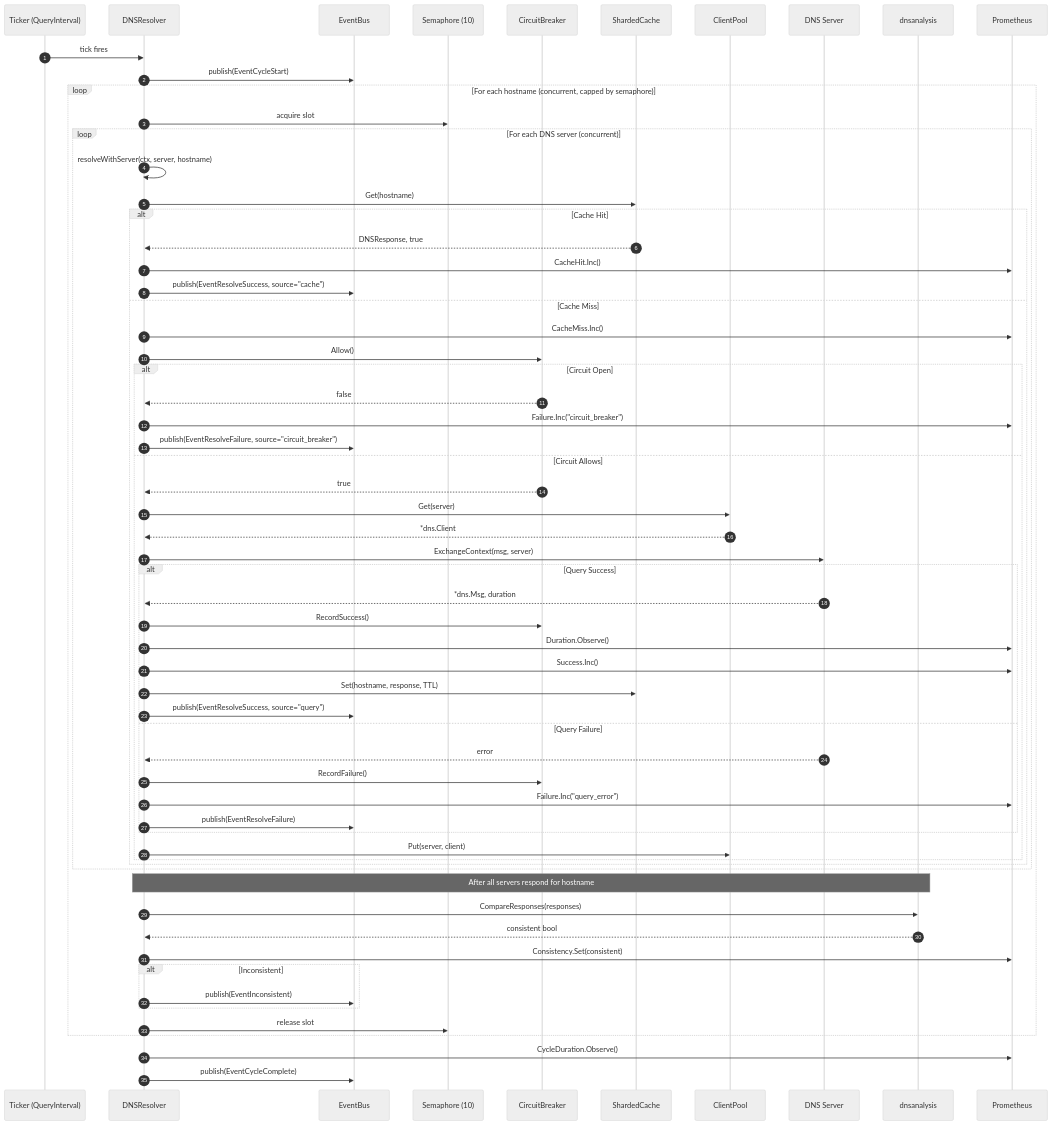
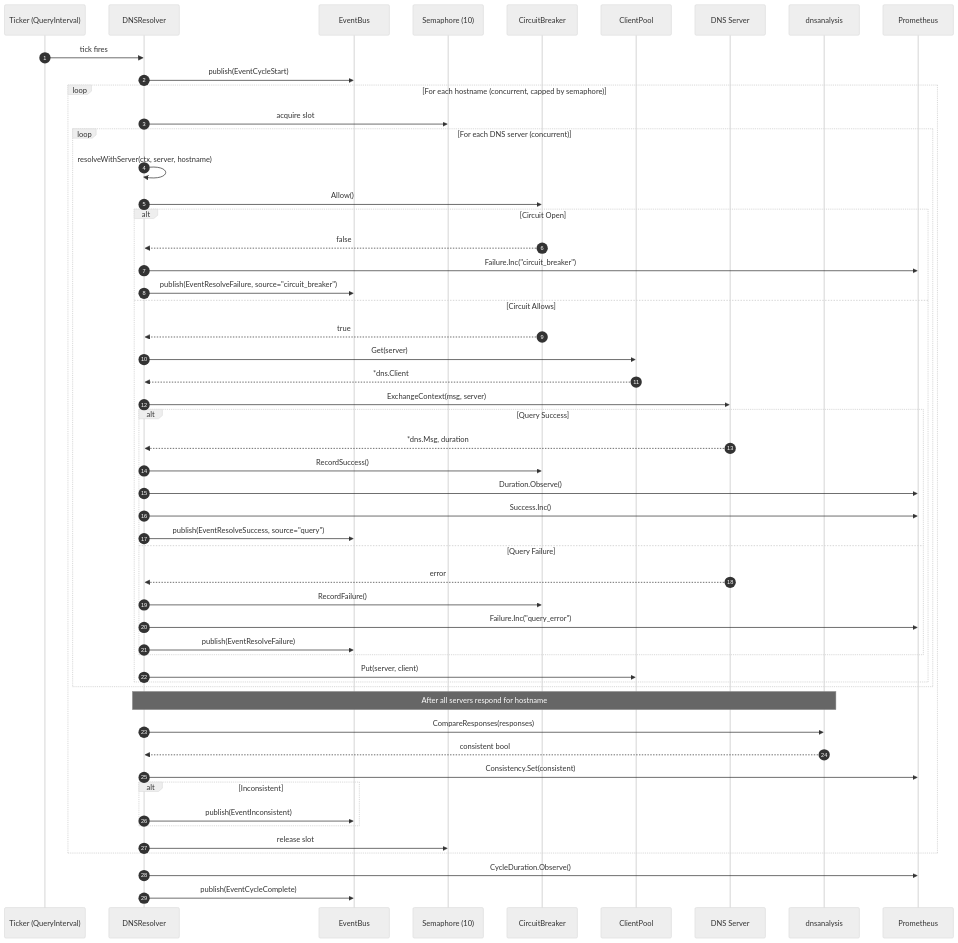
The third of 6 diagrams in PROJECT_MAP.md (mikesale/dnsres), drawn with Mermaid (neutral theme) before and after one commit. The commit also changed other lines of this file and 19 other files, not shown here.

````diff
--- a/PROJECT_MAP.md
+++ b/PROJECT_MAP.md
@@ -277,77 +251,67 @@
 ```mermaid
 sequenceDiagram
     autonumber
     participant Ticker as Ticker (QueryInterval)
     participant Resolver as DNSResolver
     participant Events as EventBus
     participant Sem as Semaphore (10)
     participant CB as CircuitBreaker
-    participant Cache as ShardedCache
     participant Pool as ClientPool
     participant DNS as DNS Server
     participant Analysis as dnsanalysis
     participant Metrics as Prometheus
 
     Ticker->>Resolver: tick fires
     Resolver->>Events: publish(EventCycleStart)
     
     loop For each hostname (concurrent, capped by semaphore)
         Resolver->>Sem: acquire slot
         
         loop For each DNS server (concurrent)
             Resolver->>Resolver: resolveWithServer(ctx, server, hostname)
             
-            Resolver->>Cache: Get(hostname)
-            alt Cache Hit
-                Cache-->>Resolver: DNSResponse, true
-                Resolver->>Metrics: CacheHit.Inc()
-                Resolver->>Events: publish(EventResolveSuccess, source="cache")
-            else Cache Miss
-                Resolver->>Metrics: CacheMiss.Inc()
-                Resolver->>CB: Allow()
+            Resolver->>CB: Allow()
+            
+            alt Circuit Open
+                CB-->>Resolver: false
+                Resolver->>Metrics: Failure.Inc("circuit_breaker")
+                Resolver->>Events: publish(EventResolveFailure, source="circuit_breaker")
+            else Circuit Allows
+                CB-->>Resolver: true
+                Resolver->>Pool: Get(server)
+                Pool-->>Resolver: *dns.Client
                 
-                alt Circuit Open
-                    CB-->>Resolver: false
-                    Resolver->>Metrics: Failure.Inc("circuit_breaker")
-                    Resolver->>Events: publish(EventResolveFailure, source="circuit_breaker")
-                else Circuit Allows
-                    CB-->>Resolver: true
-                    Resolver->>Pool: Get(server)
-                    Pool-->>Resolver: *dns.Client
-                    
-                    Resolver->>DNS: ExchangeContext(msg, server)
-                    
-                    alt Query Success
-                        DNS-->>Resolver: *dns.Msg, duration
-                        Resolver->>CB: RecordSuccess()
-                        Resolver->>Metrics: Duration.Observe()
-                        Resolver->>Metrics: Success.Inc()
-                        Resolver->>Cache: Set(hostname, response, TTL)
-                        Resolver->>Events: publish(EventResolveSuccess, source="query")
-                    else Query Failure
-                        DNS-->>Resolver: error
-                        Resolver->>CB: RecordFailure()
-                        Resolver->>Metrics: Failure.Inc("query_error")
-                        Resolver->>Events: publish(EventResolveFailure)
-                    end
-                    
-                    Resolver->>Pool: Put(server, client)
+                Resolver->>DNS: ExchangeContext(msg, server)
+                
+                alt Query Success
+                    DNS-->>Resolver: *dns.Msg, duration
+                    Resolver->>CB: RecordSuccess()
+                    Resolver->>Metrics: Duration.Observe()
+                    Resolver->>Metrics: Success.Inc()
+                    Resolver->>Events: publish(EventResolveSuccess, source="query")
+                else Query Failure
+                    DNS-->>Resolver: error
+                    Resolver->>CB: RecordFailure()
+                    Resolver->>Metrics: Failure.Inc("query_error")
+                    Resolver->>Events: publish(EventResolveFailure)
                 end
+                
+                Resolver->>Pool: Put(server, client)
             end
         end
         
         Note over Resolver,Analysis: After all servers respond for hostname
         Resolver->>Analysis: CompareResponses(responses)
         Analysis-->>Resolver: consistent bool
         Resolver->>Metrics: Consistency.Set(consistent)
         
         alt Inconsistent
             Resolver->>Events: publish(EventInconsistent)
         end
         
         Resolver->>Sem: release slot
     end
     
     Resolver->>Metrics: CycleDuration.Observe()
     Resolver->>Events: publish(EventCycleComplete)
 ```
````
